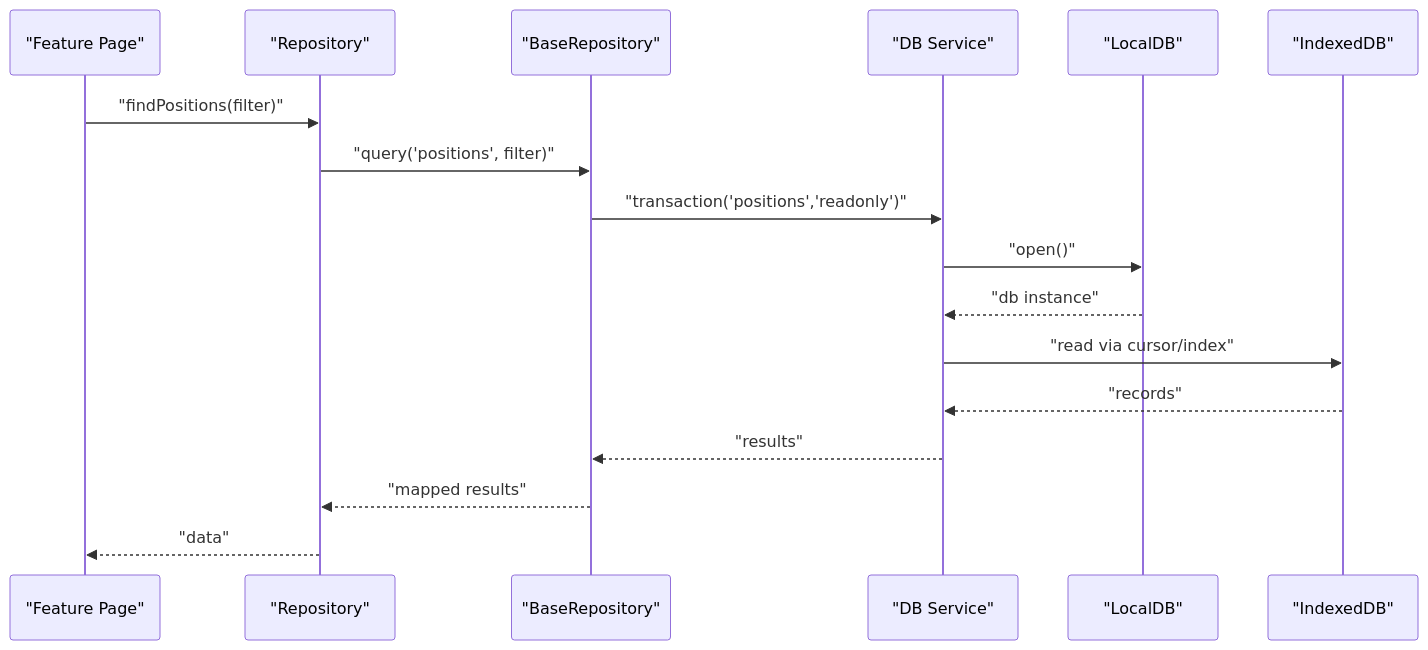
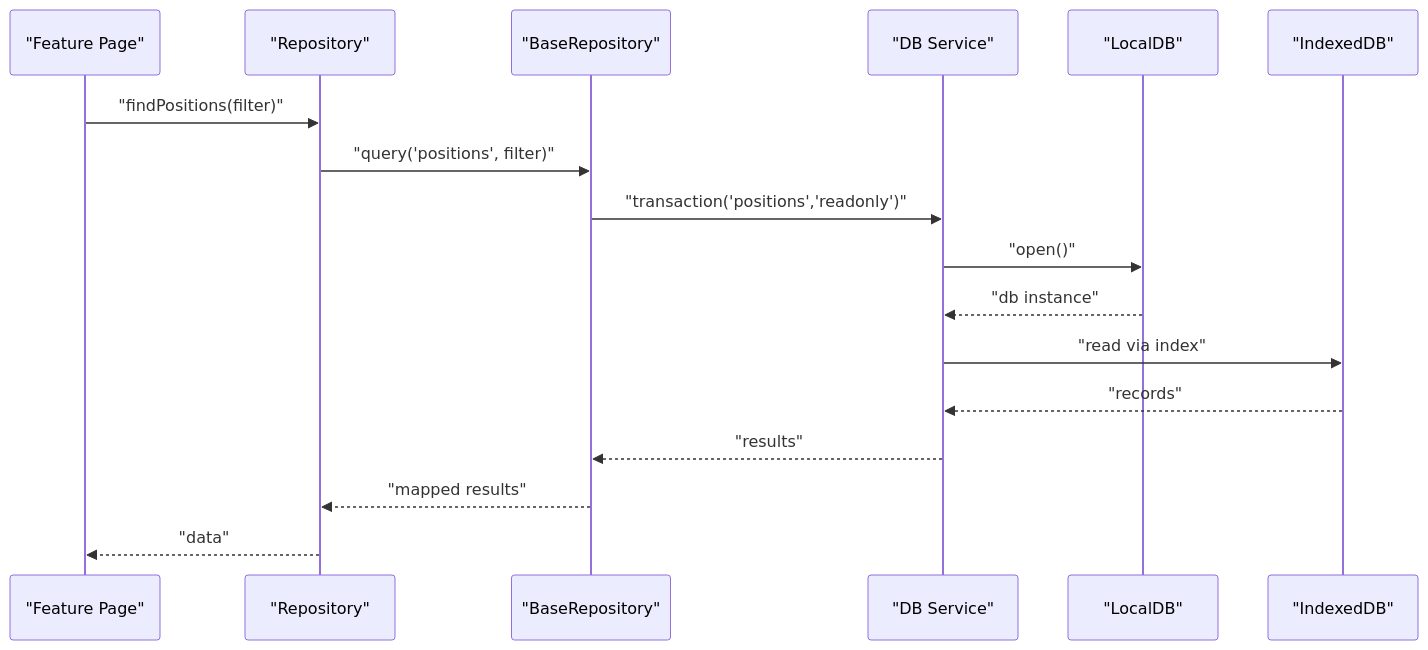
One commit to iliyas77/MTF-monitor changed the second of 4 diagrams in .qoder/repowiki/en/content/Data Layer & Database/Local Storage & IndexedDB Implementation.md. Above: the diagram before and after it, drawn with Mermaid. The commit also changed other lines of this file and 69 other files, not shown here.

````diff
--- a/.qoder/repowiki/en/content/Data Layer & Database/Local Storage & IndexedDB Implementation.md
+++ b/.qoder/repowiki/en/content/Data Layer & Database/Local Storage & IndexedDB Implementation.md
@@ -106,19 +103,19 @@
 ```mermaid
 sequenceDiagram
 participant UI as "Feature Page"
 participant Repo as "Repository"
 participant Base as "BaseRepository"
 participant DBS as "DB Service"
 participant LDB as "LocalDB"
 participant IDB as "IndexedDB"
 UI->>Repo : "findPositions(filter)"
 Repo->>Base : "query('positions', filter)"
 Base->>DBS : "transaction('positions','readonly')"
 DBS->>LDB : "open()"
 LDB-->>DBS : "db instance"
-DBS->>IDB : "read via cursor/index"
+DBS->>IDB : "read via index"
 IDB-->>DBS : "records"
 DBS-->>Base : "results"
 Base-->>Repo : "mapped results"
 Repo-->>UI : "data"
 ```
````
